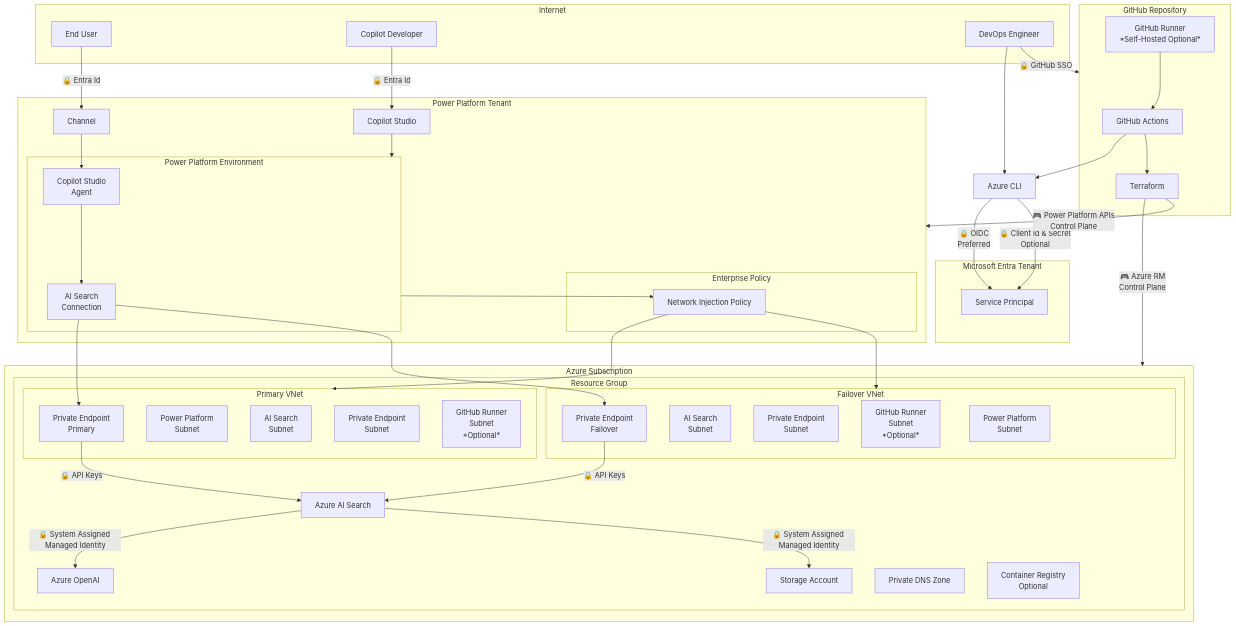
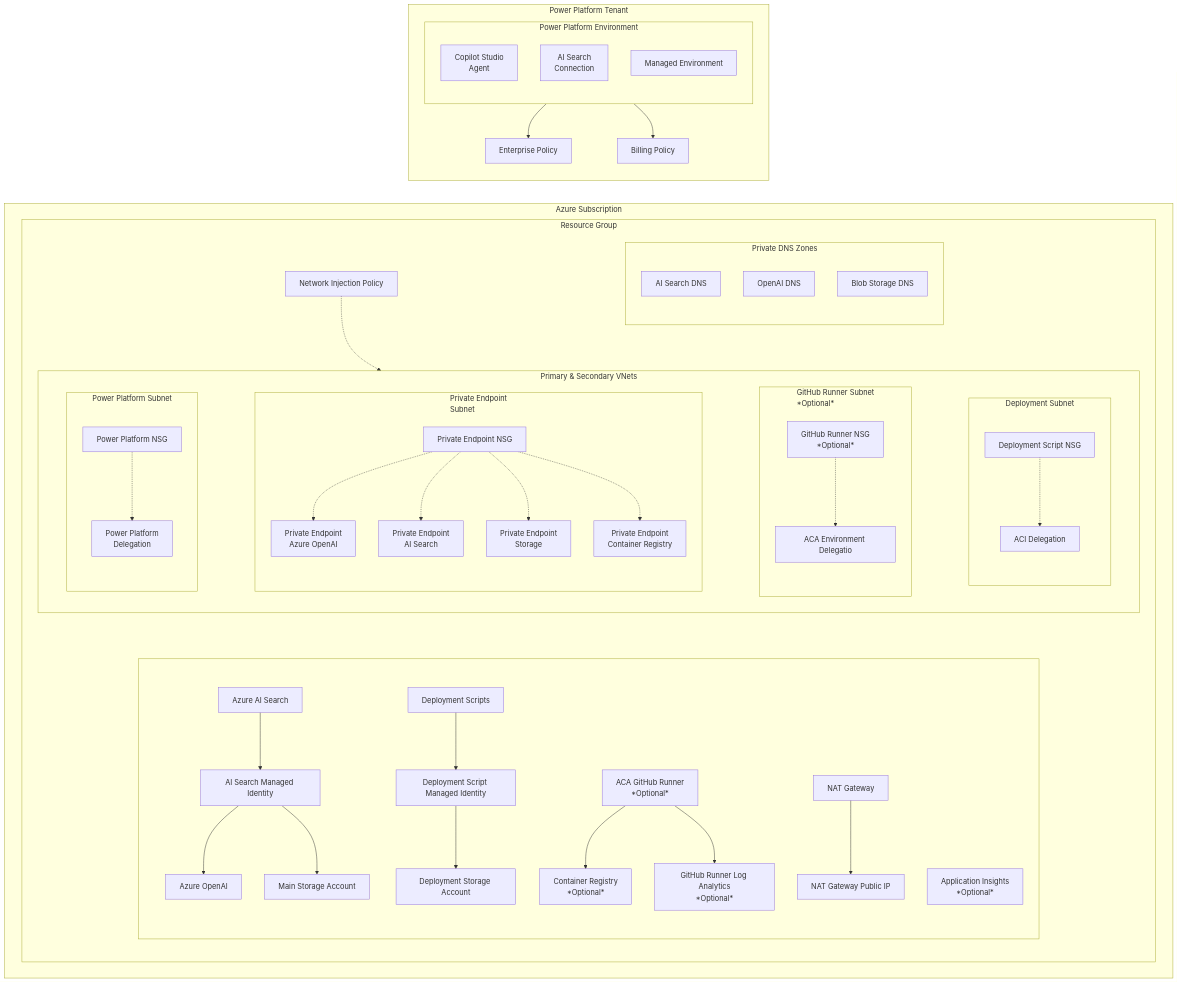
Before and after one commit to Azure-Samples/Copilot-Studio-with-Azure-AI-Search: the first of 4 diagrams in docs/security_considerations.md, drawn with Mermaid. The commit also changed other lines of this file, not shown here.

Commit message:
refactor(docs): update architecture diagram for improved clarity and structure

````diff
--- a/docs/security_considerations.md
+++ b/docs/security_considerations.md
@@ -58,87 +58,90 @@
 ```mermaid
-graph TB
-    subgraph "Internet"
-        User[End User]
-        Maker[Copilot Developer]
-        DevOps[DevOps Engineer]
+flowchart TB
+    subgraph PP[Power Platform Tenant]
+        direction TB
+        subgraph PP_Env[Power Platform Environment]
+            direction TB
+            CS_Agent[Copilot Studio<br/>Agent]
+            PP_Conn[AI Search<br/>Connection]
+            ME[Managed Environment]
+
+        end
+        PPEP[Enterprise Policy]
+        BP[Billing Policy]
+        PP_Env --> PPEP
+        PP_Env --> BP
+        
     end
-    
-    subgraph GH_Repo[GitHub Repository]
-        GH_Actions[GitHub Actions]
-        GH_Runner[GitHub Runner<br/>*Self-Hosted Optional*]
-        GH_Terraform[Terraform]
-    end
-    
     subgraph AZS[Azure Subscription]
-        subgraph "Resource Group"
-            subgraph PVNET[Primary VNet]
-                PE1[Private Endpoint<br/>Primary]
-                PP_Subnet[Power Platform<br/>Subnet]
-                AIS_Subnet[AI Search<br/>Subnet] 
-                PE_Subnet[Private Endpoint<br/>Subnet]
-                GHR_Subnet[GitHub Runner<br/>Subnet<br/>*Optional*]
+        subgraph RG[Resource Group]
+            subgraph DNS[Private DNS Zones]
+                DNS_AIS[AI Search DNS]
+                DNS_AOAI[OpenAI DNS]
+                DNS_Blob[Blob Storage DNS]
+            end
+            subgraph PVNET[Primary & Secondary VNets]
+                direction LR
+
+                subgraph PP_Subnet[Power Platform Subnet]
+                    PP_NSG[Power Platform NSG]
+                    PP_Delegation[Power Platform<br/>Delegation]
+                    PP_NSG -.-> PP_Delegation
+                end
+                subgraph DS_Subnet[Deployment Subnet]
+                    DS_NSG[Deployment Script NSG]
+                    DS_Delegation[ACI Delegation]
+                    DS_NSG -.-> DS_Delegation
+                end
+                subgraph GHR_Subnet[GitHub Runner Subnet<br/>*Optional*]
+                    GHR_NSG[GitHub Runner NSG<br/>*Optional*]
+                    GHR_Delegation[ACA Environment Delegatio]
+                    GHR_NSG -.-> GHR_Delegation
+                end
+                subgraph PE_Subnet[Private Endpoint<br/>Subnet]
+                    PE_NSG[Private Endpoint NSG]
+                    PE_AOAI[Private Endpoint<br/>Azure OpenAI]
+                    PE_AIS[Private Endpoint<br/>AI Search]
+                    PE_Storage[Private Endpoint<br/>Storage]
+                    PE_ACR[Private Endpoint<br/>Container Registry]
+                    PE_NSG -.-> PE_AOAI
+                    PE_NSG -.-> PE_AIS
+                    PE_NSG -.-> PE_Storage
+                    PE_NSG -.-> PE_ACR
+                end
             end
             
-            subgraph FVNET[Failover VNet]
-                PP_Subnet_F[Power Platform<br/>Subnet]
-                AIS_Subnet_F[AI Search<br/>Subnet]
-                PE_Subnet_F[Private Endpoint<br/>Subnet]
-                GHR_Subnet_F[GitHub Runner<br/>Subnet<br/>*Optional*]
-                PE2[Private Endpoint<br/>Failover]
+            subgraph Resources[ ]
+                AOAI[Azure OpenAI]
+                AIS[Azure AI Search]
+                Storage[Main Storage Account]
+                DSStorage[Deployment Storage Account]
+                AppInsights[Application Insights<br/>*Optional*]
+                ACR[Container Registry<br/>*Optional*]
+                
+                Runner[ACA GitHub Runner<br/>*Optional*]
+                NAT[NAT Gateway]
+                NATIP[NAT Gateway Public IP]
+                DS[Deployment Scripts]
+                DSMI[Deployment Script Managed Identity]
+                AISMI[AI Search Managed Identity]
+                RunnerLog[GitHub Runner Log Analytics<br/>*Optional*]
             end
-            
-            AOAI[Azure OpenAI]
-            AIS[Azure AI Search]
-            Storage[Storage Account]
-
-            
-            DNS[Private DNS Zone]
-            ACR[Container Registry<br/>Optional]
-        end
-    end
-    
-    subgraph PP[Power Platform Tenant]
-        subgraph PP_Env[Power Platform Environment]
-            CS_Agent[Copilot Studio<br/>Agent]
-            PP_Conn[AI Search<br/>Connection]
-        end
-        Channel[Channel]
-        MCS[Copilot Studio]
-        subgraph PPEP[Enterprise Policy]
             NIP[Network Injection Policy]
         end
     end
     
-    subgraph "Microsoft Entra Tenant"
-        ENTRA_SP[Service Principal]
-    end
 
-    AZCLI[Azure CLI]
-    
-    Maker --> |🔒 Entra Id| MCS
-    MCS --> PP_Env
-    User --> |🔒 Entra Id| Channel
-    Channel --> CS_Agent
-    CS_Agent --> PP_Conn
-    PP_Conn --> PE1
-    PP_Conn --> PE2
-    PE1 -->  |🔒 API Keys| AIS
-    PE2 --> |🔒 API Keys| AIS
-    AIS --> |🔒 System Assigned Managed Identity| AOAI
-    AIS --> |🔒 System Assigned Managed Identity| Storage
-    
-    DevOps --> |🔒 GitHub SSO| GH_Repo
-    DevOps --> AZCLI
-    AZCLI --> |🔒 OIDC <br> Preferred| ENTRA_SP
-    AZCLI --> |🔒 Client Id & Secret <br> Optional| ENTRA_SP
-    GH_Terraform --> |🎮 Azure RM <br> Control Plane| AZS
-    GH_Terraform --> |🎮 Power Platform APIs <br> Control Plane| PP
-    GH_Actions --> AZCLI
-    GH_Runner --> GH_Actions
 
-    GH_Actions --> GH_Terraform
+    PP ~~~ AZS
+    PP_Subnet ~~~ PE_Subnet ~~~ GHR_Subnet ~~~ DS_Subnet
+    NIP -.-> PVNET ~~~ Resources
+    DNS ~~~ PVNET
+    AIS --> AISMI
+    AISMI --> Storage
+    AISMI --> AOAI
+    DS --> DSMI --> DSStorage
+    Runner --> ACR
+    Runner --> RunnerLog
+    NAT --> NATIP
 
-    NIP --> PVNET
-    NIP --> FVNET
-    PP_Env --> NIP
 ```
````
